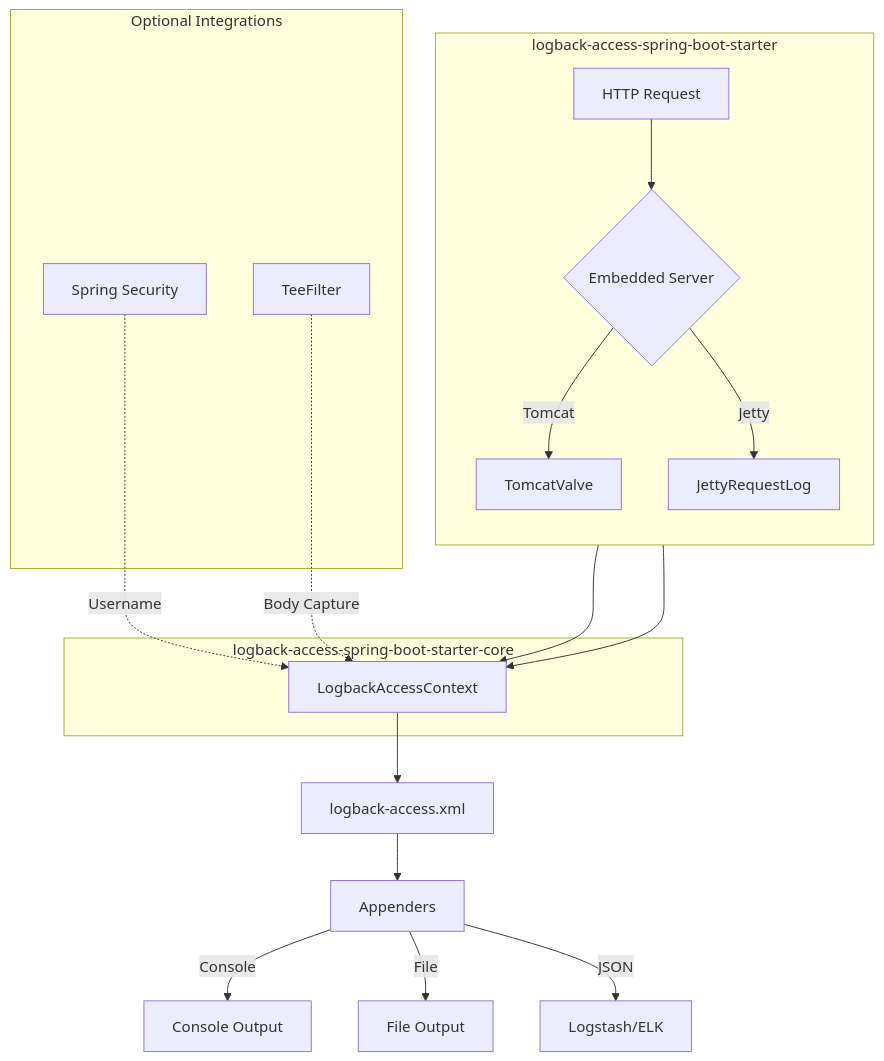
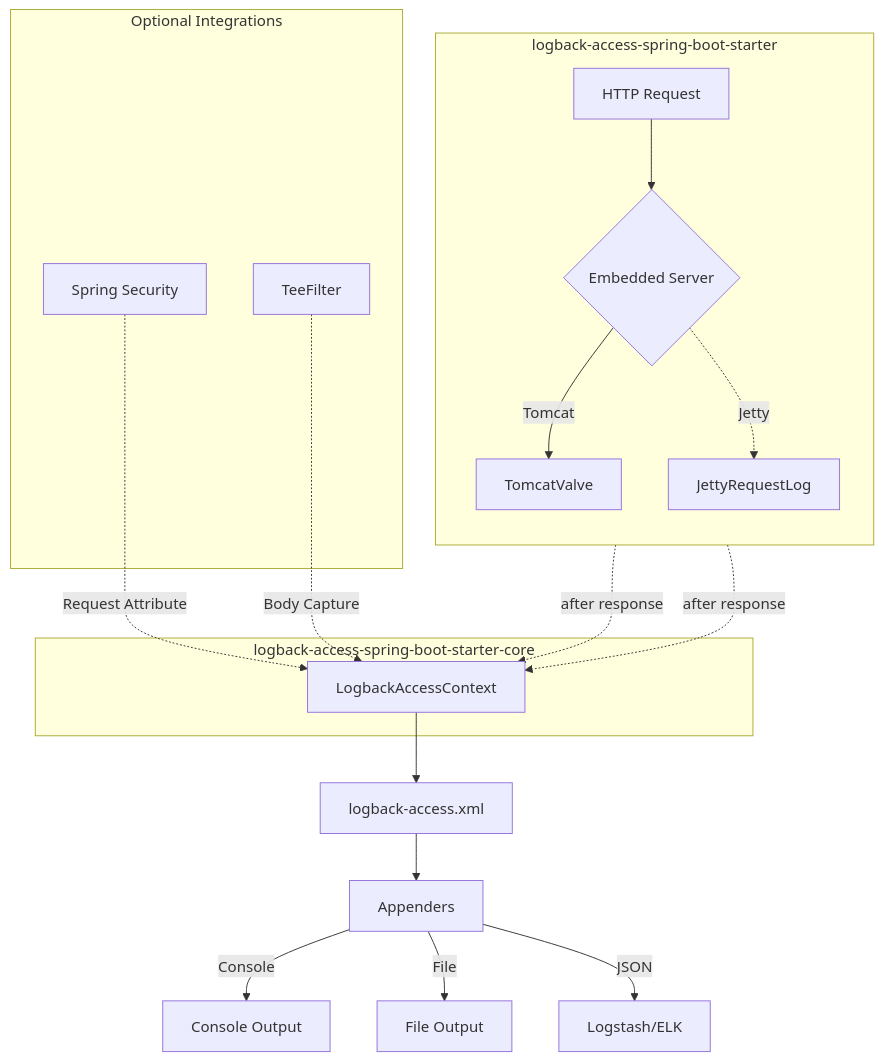
One commit to seijikohara/logback-access-spring-boot-starter changed the diagram in docs/index.md. Above: the diagram before and after it, drawn with Mermaid. The commit also changed other lines of this file and 45 other files, not shown here.

````diff
--- a/docs/index.md
+++ b/docs/index.md
@@ -44,26 +44,26 @@
 ```mermaid
 flowchart TB
     subgraph starter["logback-access-spring-boot-starter"]
         direction TB
         A[HTTP Request] --> B{Embedded Server}
         B -->|Tomcat| C[TomcatValve]
-        B -->|Jetty| D[JettyRequestLog]
+        B -.->|Jetty| D[JettyRequestLog]
     end
 
     subgraph core["logback-access-spring-boot-starter-core"]
         E[LogbackAccessContext]
     end
 
-    C --> E
-    D --> E
+    C -.->|after response| E
+    D -.->|after response| E
     E --> F[logback-access.xml]
     F --> G[Appenders]
     G -->|Console| H[Console Output]
     G -->|File| I[File Output]
     G -->|JSON| J[Logstash/ELK]
 
     subgraph optional["Optional Integrations"]
-        K[Spring Security] -.->|Username| E
+        K[Spring Security] -.->|Request Attribute| E
         L[TeeFilter] -.->|Body Capture| E
     end
 ```
````
